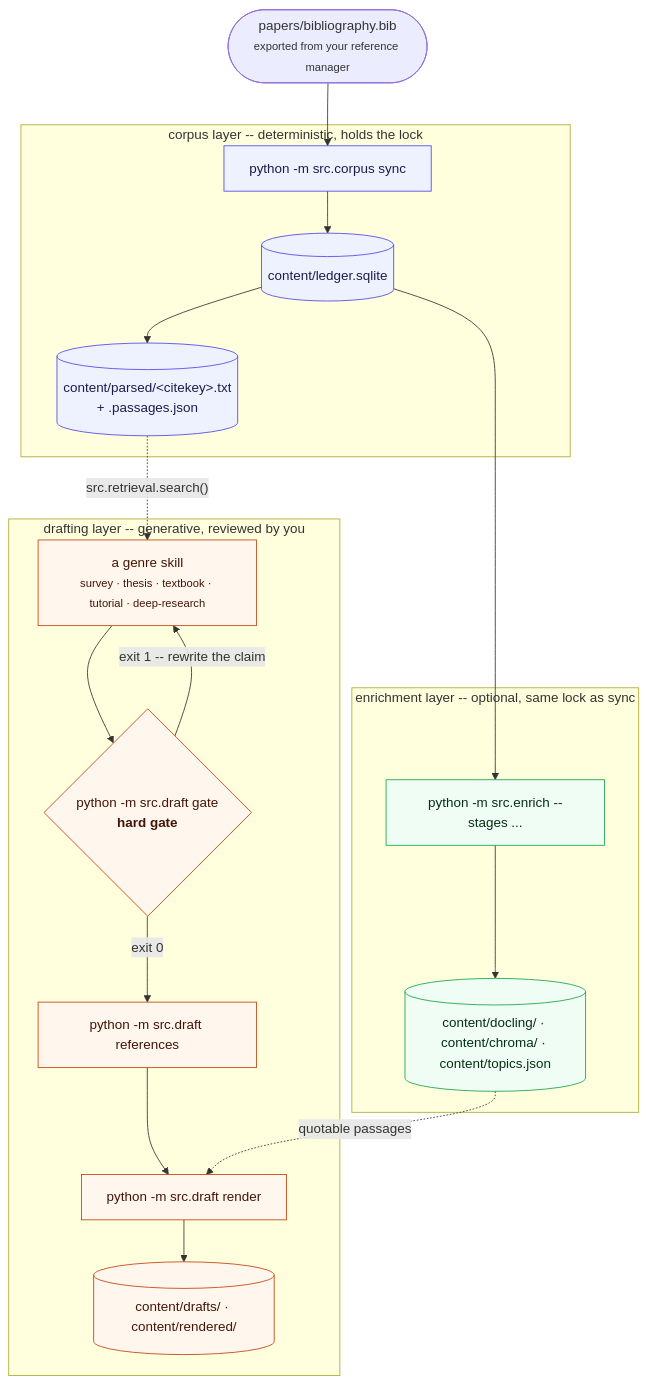
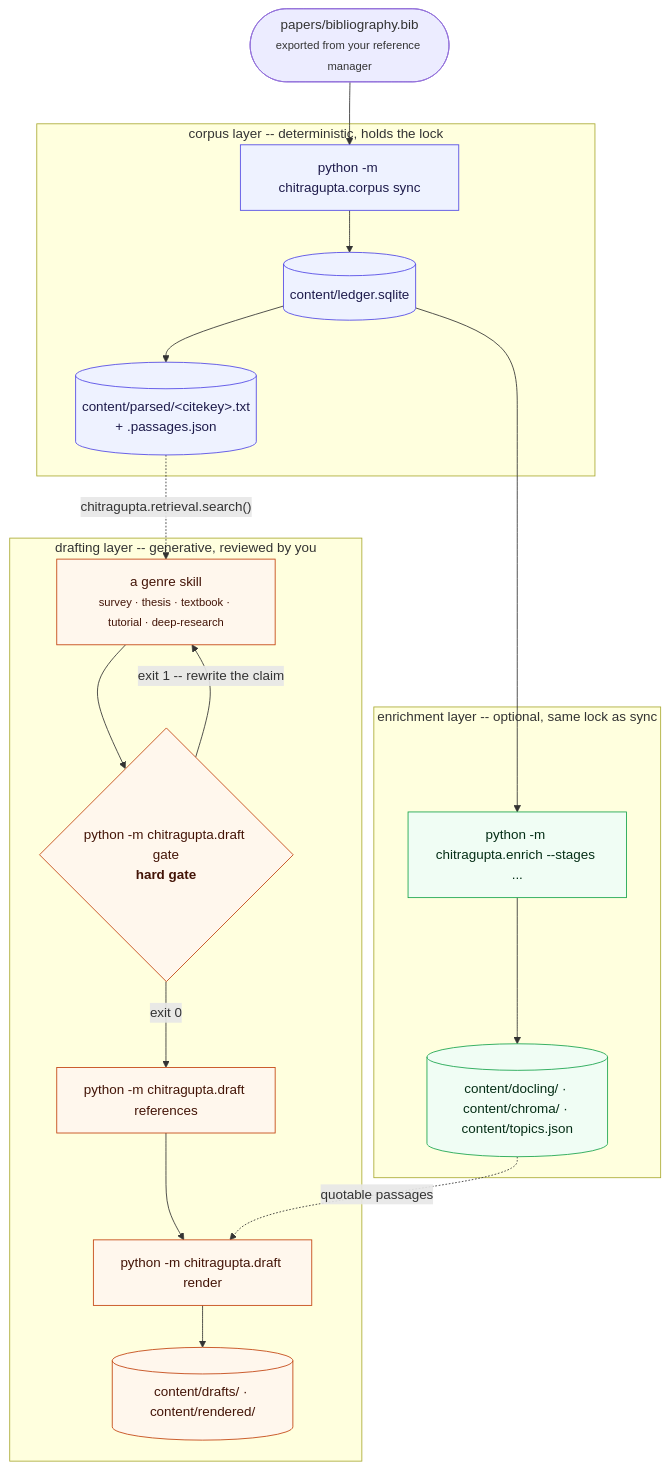
One commit to prasadtalasila/chitragupta changed the second of 3 diagrams in docs/LADDERS.md. Above: the diagram before and after it, drawn with Mermaid. The commit also changed other lines of this file and 255 other files, not shown here.

````diff
--- a/docs/LADDERS.md
+++ b/docs/LADDERS.md
@@ -157,40 +157,40 @@
 ```mermaid
 flowchart TB
 
   BIB(["papers/bibliography.bib<br/><small>exported from your reference manager</small>"])
 
   subgraph CORPUS["corpus layer -- deterministic, holds the lock"]
-    SYNC["python -m src.corpus sync"]
+    SYNC["python -m chitragupta.corpus sync"]
     LEDGER[("content/ledger.sqlite")]
     PARSED[("content/parsed/&lt;citekey&gt;.txt<br/>+ .passages.json")]
   end
 
   subgraph DRAFTING["drafting layer -- generative, reviewed by you"]
     SKILL["a genre skill<br/><small>survey · thesis · textbook · tutorial · deep-research</small>"]
-    GATE{"python -m src.draft gate<br/><b>hard gate</b>"}
-    REFS["python -m src.draft references"]
-    RENDER["python -m src.draft render"]
+    GATE{"python -m chitragupta.draft gate<br/><b>hard gate</b>"}
+    REFS["python -m chitragupta.draft references"]
+    RENDER["python -m chitragupta.draft render"]
     DRAFT[("content/drafts/ · content/rendered/")]
   end
 
   subgraph ENRICH["enrichment layer -- optional, same lock as sync"]
-    ENR["python -m src.enrich --stages ..."]
+    ENR["python -m chitragupta.enrich --stages ..."]
     ART[("content/docling/ · content/chroma/ · content/topics.json")]
   end
 
   BIB --> SYNC --> LEDGER --> PARSED
-  PARSED -.->|"src.retrieval.search()"| SKILL
+  PARSED -.->|"chitragupta.retrieval.search()"| SKILL
   SKILL --> GATE
   GATE -->|"exit 1 -- rewrite the claim"| SKILL
   GATE -->|"exit 0"| REFS --> RENDER --> DRAFT
   LEDGER --> ENR
   ENR --> ART
   ART -.->|"quotable passages"| RENDER
 
   classDef corpus fill:#eef2ff,stroke:#4f46e5,color:#1e1b4b
   classDef draft fill:#fff7ed,stroke:#c2410c,color:#431407
   classDef enrich fill:#f0fdf4,stroke:#16a34a,color:#052e16
   class SYNC,LEDGER,PARSED corpus
   class SKILL,GATE,REFS,RENDER,DRAFT draft
   class ENR,ART enrich
 ```
````
